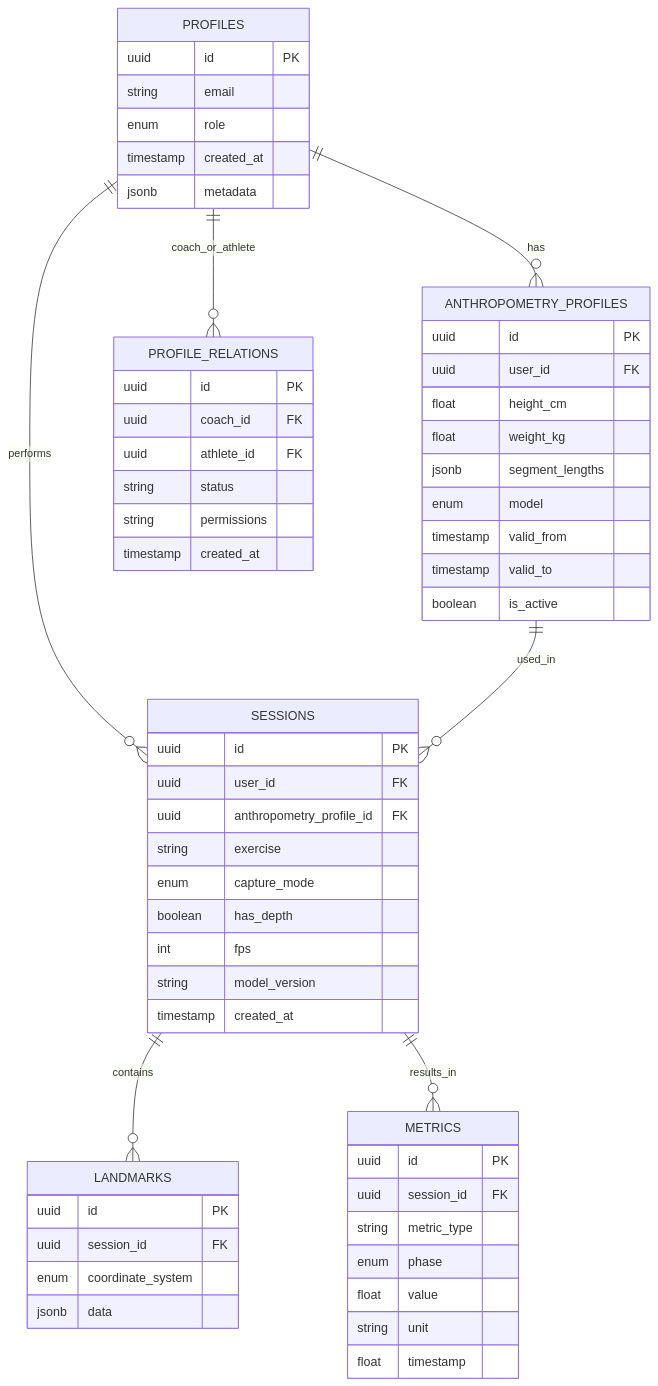
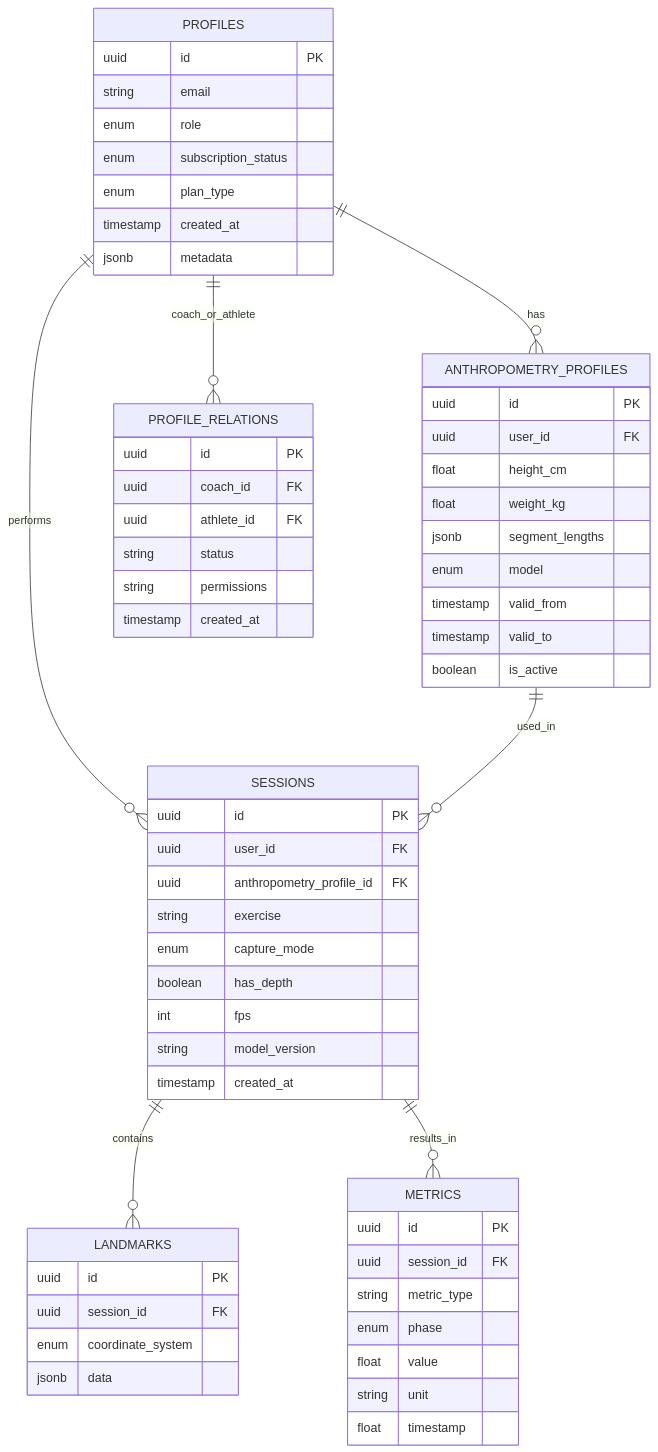
Before and after one commit to jc-bioeng/LiftSense: the diagram in docs/diagrams/database_er.md, drawn with Mermaid. The commit also changed 17 other files, not shown here.

````diff
--- a/docs/diagrams/database_er.md
+++ b/docs/diagrams/database_er.md
@@ -5,70 +5,72 @@
 ```mermaid
 erDiagram
 
     PROFILES ||--o{ SESSIONS : performs
     PROFILES ||--o{ ANTHROPOMETRY_PROFILES : has
     PROFILES ||--o{ PROFILE_RELATIONS : coach_or_athlete
 
     PROFILES {
         uuid id PK
         string email
         enum role
+        enum subscription_status
+        enum plan_type
         timestamp created_at
         jsonb metadata
     }
 
     PROFILE_RELATIONS {
         uuid id PK
         uuid coach_id FK
         uuid athlete_id FK
         string status
         string permissions
         timestamp created_at
     }
 
     ANTHROPOMETRY_PROFILES ||--o{ SESSIONS : used_in
 
     ANTHROPOMETRY_PROFILES {
         uuid id PK
         uuid user_id FK
         float height_cm
         float weight_kg
         jsonb segment_lengths
         enum model
         timestamp valid_from
         timestamp valid_to
         boolean is_active
     }
 
     SESSIONS ||--o{ LANDMARKS : contains
     SESSIONS ||--o{ METRICS : results_in
 
     SESSIONS {
         uuid id PK
         uuid user_id FK
         uuid anthropometry_profile_id FK
         string exercise
         enum capture_mode
         boolean has_depth
         int fps
         string model_version
         timestamp created_at
     }
 
     LANDMARKS {
         uuid id PK
         uuid session_id FK
         enum coordinate_system
         jsonb data
     }
 
     METRICS {
         uuid id PK
         uuid session_id FK
         string metric_type
         enum phase
         float value
         string unit
         float timestamp
     }
 ```
````
